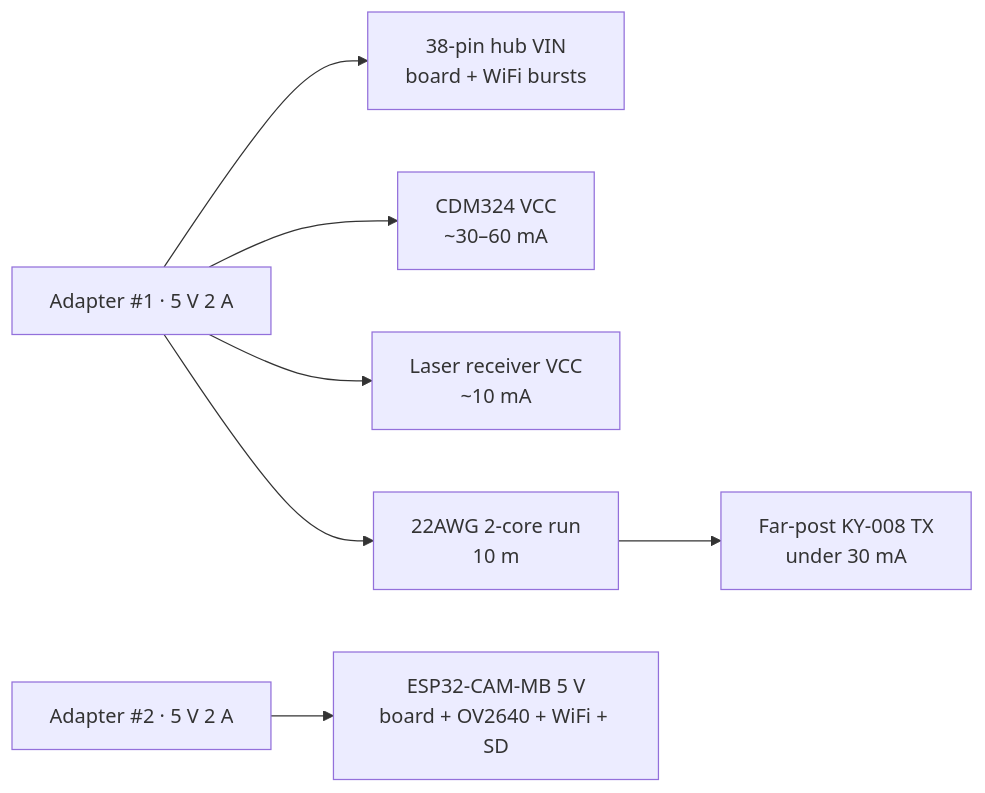
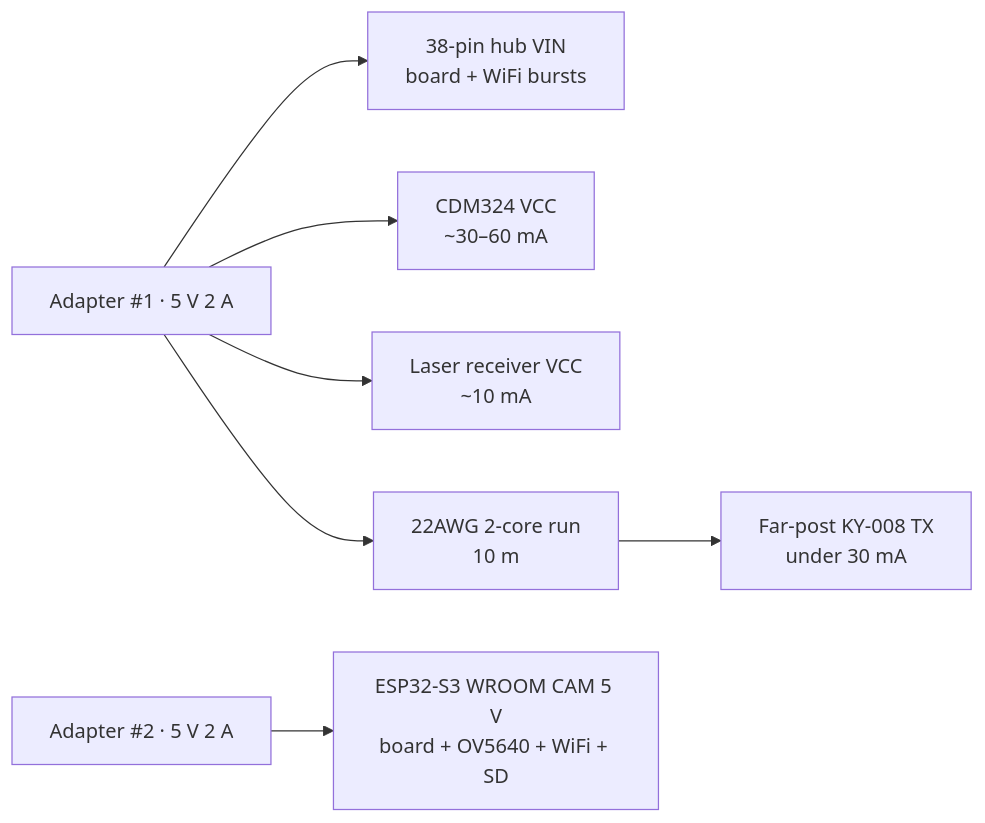
Before and after one commit to qppd/safeway: the second of 2 diagrams in docs/BLOCK-DIAGRAM.md, drawn with Mermaid. The commit also changed other lines of this file and 8 other files, not shown here.

First line of the commit message:
Swap camera board: ESP32-CAM-MB -> ESP32-S3 WROOM N16R8 CAM + OV5640

````diff
--- a/docs/BLOCK-DIAGRAM.md
+++ b/docs/BLOCK-DIAGRAM.md
@@ -59,8 +59,8 @@
 ```mermaid
 flowchart LR
     A1["Adapter #1 · 5 V 2 A"] --> HUBV["38-pin hub VIN<br/>board + WiFi bursts"]
     A1 --> RRV["CDM324 VCC<br/>~30–60 mA"]
     A1 --> LRV["Laser receiver VCC<br/>~10 mA"]
     A1 --> WIRE["22AWG 2-core run<br/>10 m"] --> TXV["Far-post KY-008 TX<br/>under 30 mA"]
-    A2["Adapter #2 · 5 V 2 A"] --> CAMV["ESP32-CAM-MB 5 V<br/>board + OV2640 + WiFi + SD"]
+    A2["Adapter #2 · 5 V 2 A"] --> CAMV["ESP32-S3 WROOM CAM 5 V<br/>board + OV5640 + WiFi + SD"]
 ```
````
